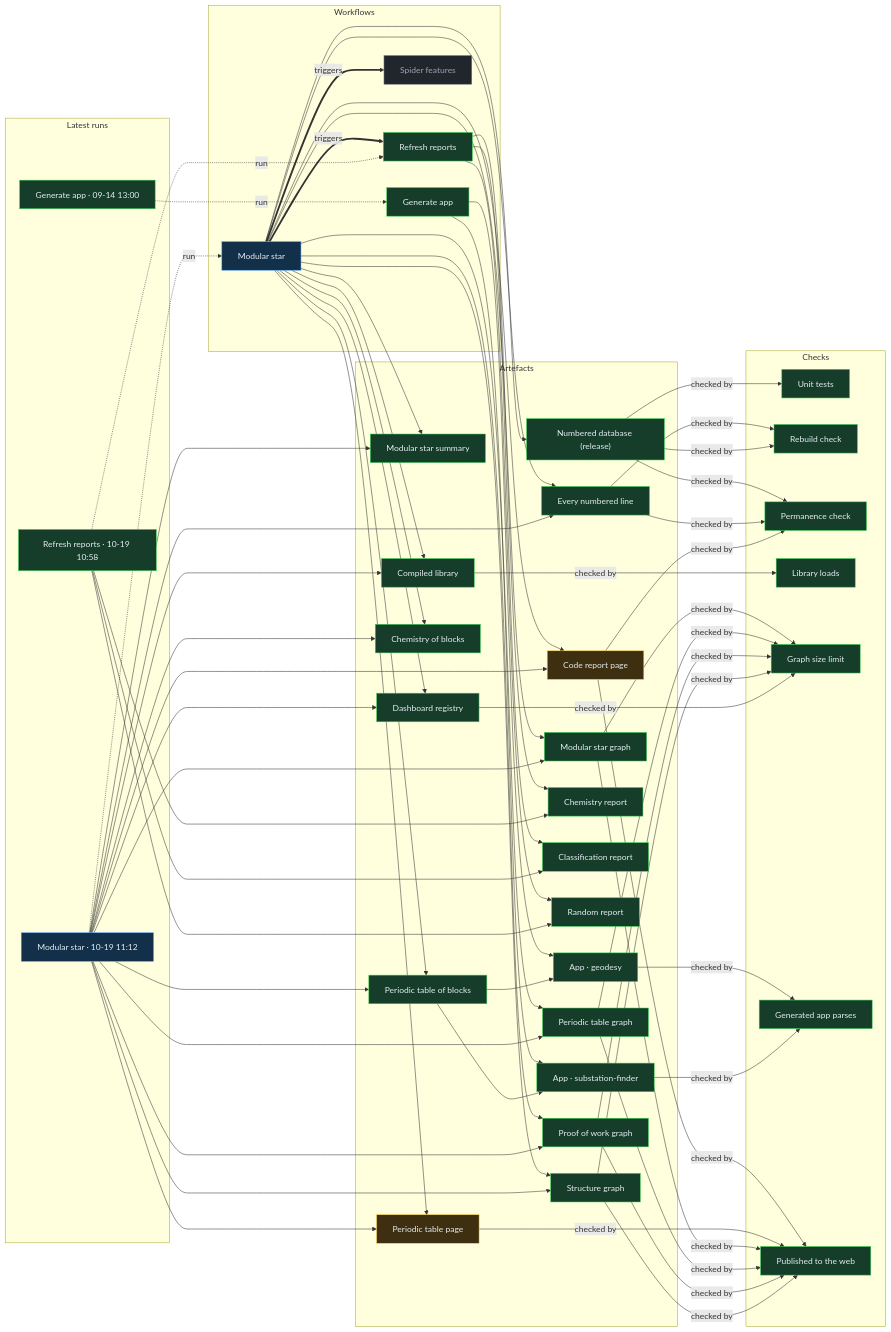
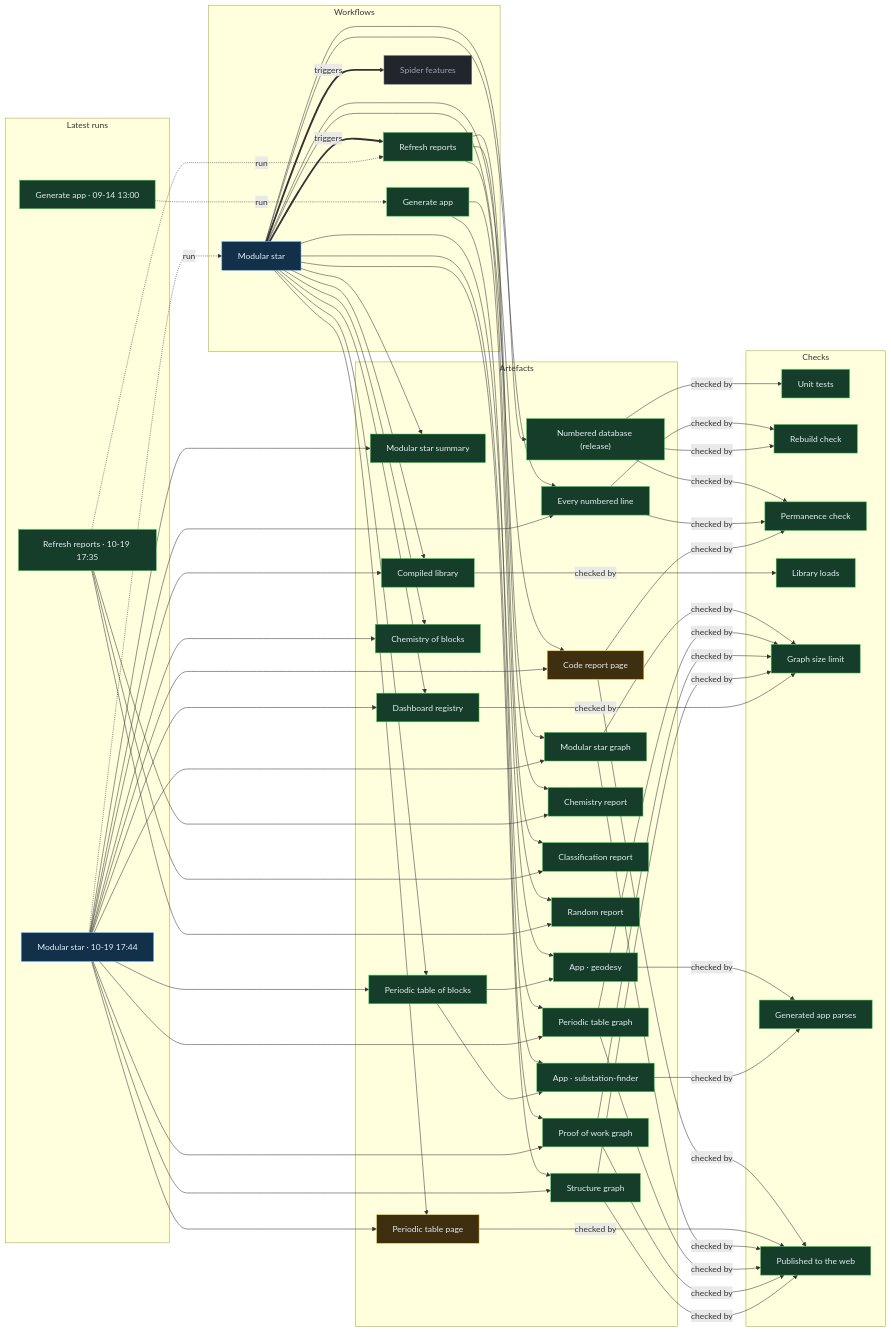
Before and after one commit to Ventusltd/stars: the diagram in proof/PROOF.md, drawn with Mermaid. The commit also changed other lines of this file and 46 other files, not shown here.

Commit message:
Modular star 2026-10-19T17:47Z

```diff
--- a/proof/PROOF.md
+++ b/proof/PROOF.md
@@ -24,8 +24,8 @@
   n_wf_spider_features["Spider features"]:::off
   end
   subgraph g_runs["Latest runs"]
-  n_run_39242935726["Modular star · 10-19 11:12"]:::live
-  n_run_39241307699["Refresh reports · 10-19 10:58"]:::ok
+  n_run_39296714290["Modular star · 10-19 17:44"]:::live
+  n_run_39295448842["Refresh reports · 10-19 17:35"]:::ok
   n_run_34846587798["Generate app · 09-14 13:00"]:::ok
   end
   subgraph g_artefacts["Artefacts"]
@@ -59,39 +59,39 @@
   end
   n_wf_modular_star == triggers ==> n_wf_refresh
   n_wf_modular_star == triggers ==> n_wf_spider_features
-  n_run_39242935726 -. run .-> n_wf_modular_star
-  n_run_39241307699 -. run .-> n_wf_refresh
+  n_run_39296714290 -. run .-> n_wf_modular_star
+  n_run_39295448842 -. run .-> n_wf_refresh
   n_run_34846587798 -. run .-> n_wf_generate
   n_wf_modular_star --> n_art_summary
-  n_run_39242935726 --> n_art_summary
+  n_run_39296714290 --> n_art_summary
   n_wf_modular_star --> n_art_lines
-  n_run_39242935726 --> n_art_lines
+  n_run_39296714290 --> n_art_lines
   n_wf_modular_star --> n_art_code
-  n_run_39242935726 --> n_art_code
+  n_run_39296714290 --> n_art_code
   n_wf_modular_star --> n_art_modular_graph
-  n_run_39242935726 --> n_art_modular_graph
+  n_run_39296714290 --> n_art_modular_graph
   n_wf_modular_star --> n_art_blocks
-  n_run_39242935726 --> n_art_blocks
+  n_run_39296714290 --> n_art_blocks
   n_wf_modular_star --> n_art_table
-  n_run_39242935726 --> n_art_table
+  n_run_39296714290 --> n_art_table
   n_wf_modular_star --> n_art_blocks_graph
-  n_run_39242935726 --> n_art_blocks_graph
+  n_run_39296714290 --> n_art_blocks_graph
   n_wf_modular_star --> n_art_reactions
-  n_run_39242935726 --> n_art_reactions
+  n_run_39296714290 --> n_art_reactions
   n_wf_modular_star --> n_art_library
-  n_run_39242935726 --> n_art_library
+  n_run_39296714290 --> n_art_library
   n_wf_modular_star --> n_art_features
-  n_run_39242935726 --> n_art_features
+  n_run_39296714290 --> n_art_features
   n_wf_modular_star --> n_art_proof
-  n_run_39242935726 --> n_art_proof
+  n_run_39296714290 --> n_art_proof
   n_wf_modular_star --> n_art_structure
-  n_run_39242935726 --> n_art_structure
+  n_run_39296714290 --> n_art_structure
   n_wf_refresh --> n_art_chemistry
-  n_run_39241307699 --> n_art_chemistry
+  n_run_39295448842 --> n_art_chemistry
   n_wf_refresh --> n_art_vedic
-  n_run_39241307699 --> n_art_vedic
+  n_run_39295448842 --> n_art_vedic
   n_wf_refresh --> n_art_random
-  n_run_39241307699 --> n_art_random
+  n_run_39295448842 --> n_art_random
   n_wf_modular_star --> n_art_release
   n_wf_generate --> n_app_geodesy
   n_art_blocks --> n_app_geodesy
```
